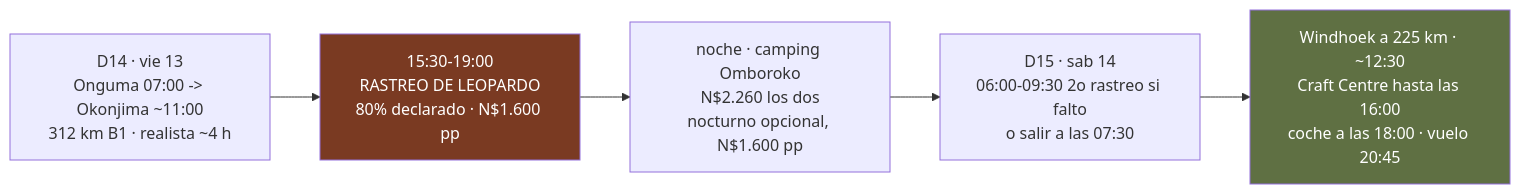
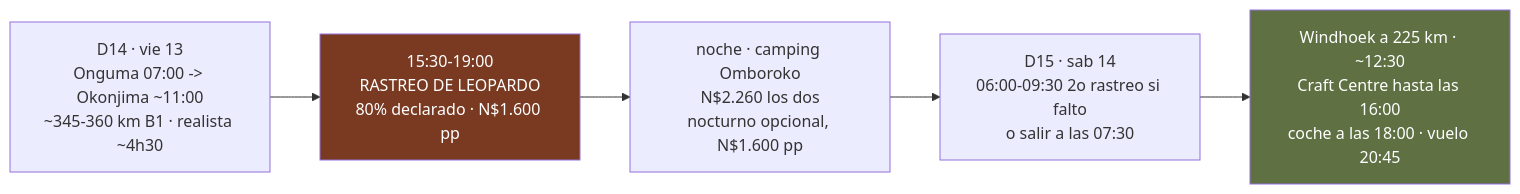
Before and after one commit to morandeirachema/namibia: the second of 2 diagrams in aparte/plan-felinos.md, drawn with Mermaid. The commit also changed other lines of this file and 22 other files, not shown here.

````diff
--- a/aparte/plan-felinos.md
+++ b/aparte/plan-felinos.md
@@ -168,10 +168,10 @@
 ```mermaid
 flowchart LR
 %% ancho
-    A["D14 · vie 13<br/>Onguma 07:00 -> Okonjima ~11:00<br/>312 km B1 · realista ~4 h"] --> B["15:30-19:00<br/>RASTREO DE LEOPARDO<br/>80% declarado · N$1.600 pp"]
+    A["D14 · vie 13<br/>Onguma 07:00 -> Okonjima ~11:00<br/>~345-360 km B1 · realista ~4h30"] --> B["15:30-19:00<br/>RASTREO DE LEOPARDO<br/>80% declarado · N$1.600 pp"]
     B --> C["noche · camping Omboroko<br/>N$2.260 los dos<br/>nocturno opcional, N$1.600 pp"]
     C --> D["D15 · sab 14<br/>06:00-09:30 2o rastreo si falto<br/>o salir a las 07:30"]
     D --> E["Windhoek a 225 km · ~12:30<br/>Craft Centre hasta las 16:00<br/>coche a las 18:00 · vuelo 20:45"]
     style B fill:#7a3a22,color:#fff
     style E fill:#5F7043,color:#fff
 ```
````
